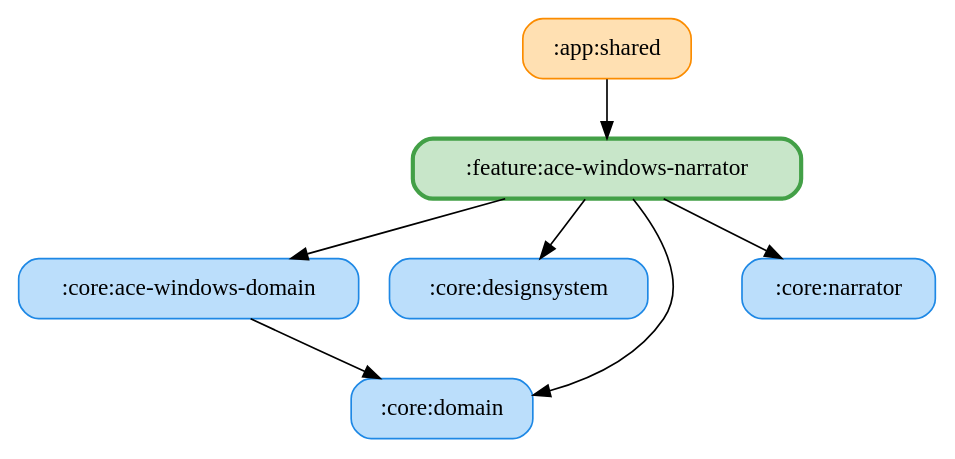
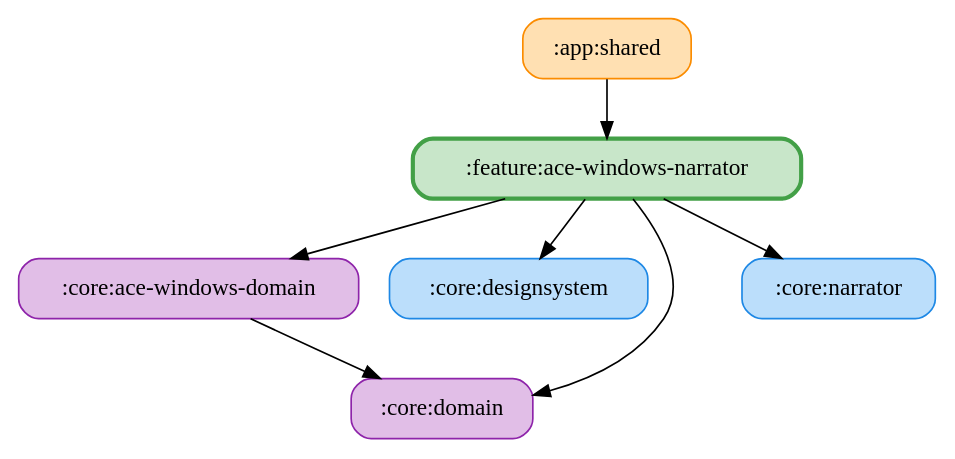
Before and after one commit to ai-kurou/KoDriver: the diagram in docs/graphs/feature-ace-windows-narrator.gv, drawn with Graphviz. The commit also changed 135 other files, not shown here.

Commit message:
chore: update module graph images

```diff
--- a/docs/graphs/feature-ace-windows-narrator.gv
+++ b/docs/graphs/feature-ace-windows-narrator.gv
@@ -1,16 +1,16 @@
 digraph G {
   rankdir=TB
   node [shape=box, style="rounded,filled"]
   ":app:shared" [fillcolor="#FFE0B2", color="#FB8C00", penwidth=1]
-  ":core:ace-windows-domain" [fillcolor="#BBDEFB", color="#1E88E5", penwidth=1]
+  ":core:ace-windows-domain" [fillcolor="#E1BEE7", color="#8E24AA", penwidth=1]
   ":core:designsystem" [fillcolor="#BBDEFB", color="#1E88E5", penwidth=1]
-  ":core:domain" [fillcolor="#BBDEFB", color="#1E88E5", penwidth=1]
+  ":core:domain" [fillcolor="#E1BEE7", color="#8E24AA", penwidth=1]
   ":core:narrator" [fillcolor="#BBDEFB", color="#1E88E5", penwidth=1]
   ":feature:ace-windows-narrator" [fillcolor="#C8E6C9", color="#43A047", penwidth=2.5]
   ":app:shared" -> ":feature:ace-windows-narrator"
   ":core:ace-windows-domain" -> ":core:domain"
   ":feature:ace-windows-narrator" -> ":core:domain"
   ":feature:ace-windows-narrator" -> ":core:ace-windows-domain"
   ":feature:ace-windows-narrator" -> ":core:designsystem"
   ":feature:ace-windows-narrator" -> ":core:narrator"
 }
```
